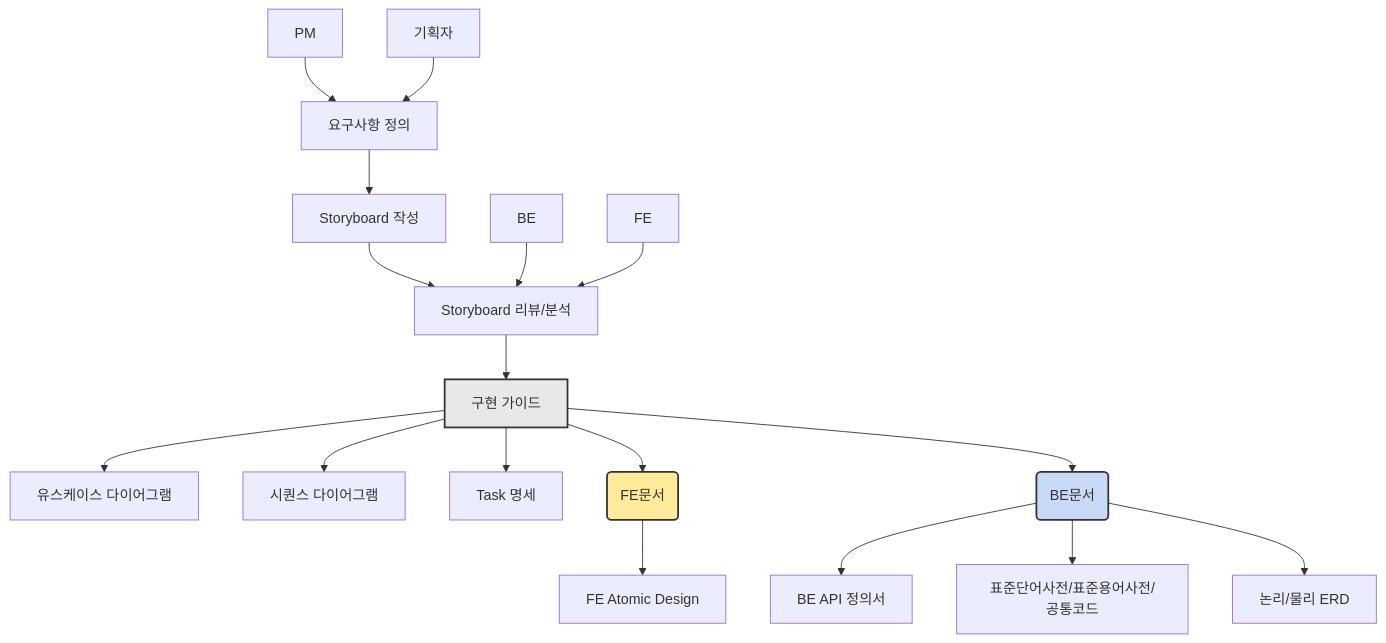
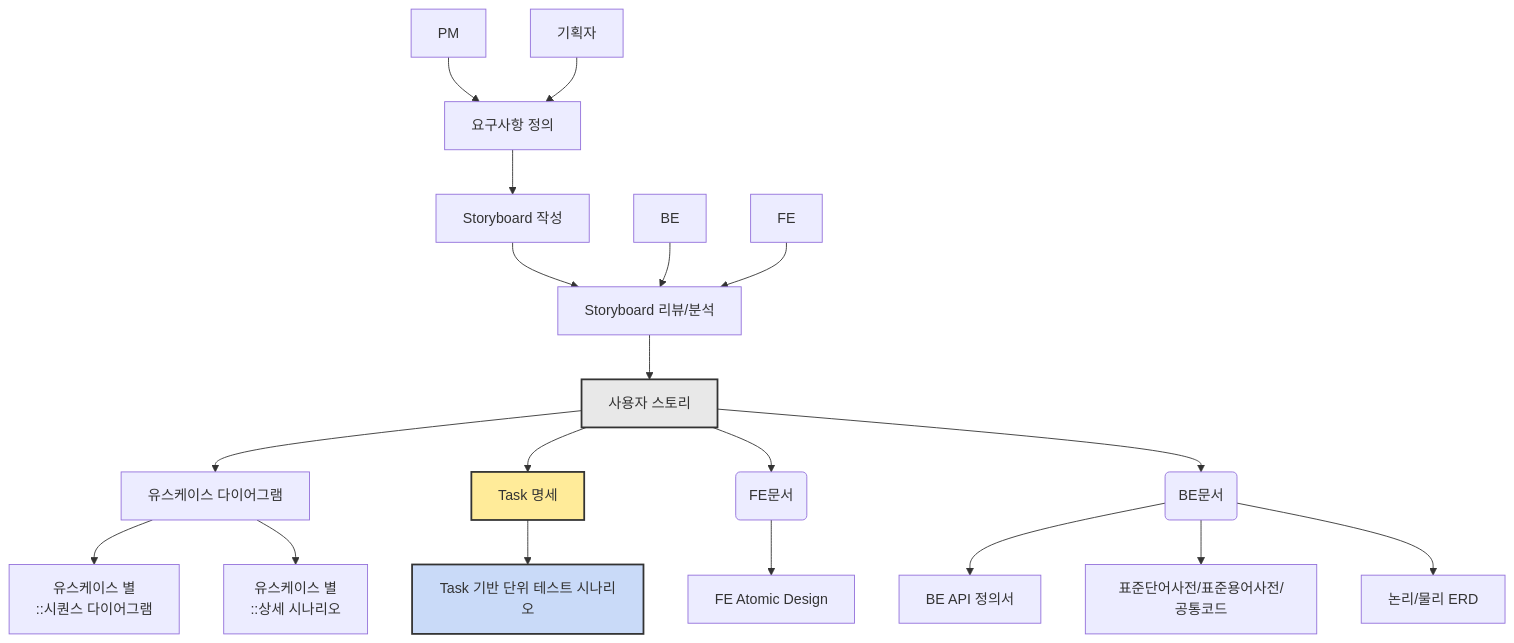
Before and after one commit to thanksLee/vitamin-monorepo: the second of 2 diagrams in documents/README.md, drawn with Mermaid. The commit also changed other lines of this file, not shown here.

````diff
--- a/documents/README.md
+++ b/documents/README.md
@@ -55,28 +219,30 @@
 ```mermaid
 flowchart TD
     PM[PM] --> A[요구사항 정의]
     A --> B[Storyboard 작성]
     기획자[기획자] --> A
     B --> C[Storyboard 리뷰/분석]
     BE[BE] --> C
     FE[FE] --> C
 
-    C --> D[구현 가이드]
+    C --> D[사용자 스토리]
 
     D --> E[유스케이스 다이어그램]
-    D --> F[시퀀스 다이어그램]
-    D --> G[Task 명세]
-    D --> H(FE문서)
-    D --> I(BE문서)
+    E --> F[유스케이스 별<br/>::시퀀스 다이어그램]
+    E --> G[유스케이스 별<br/>::상세 시나리오]
+    D --> H[Task 명세]
+    H --> I[Task 기반 단위 테스트 시나리오]
+    D --> J(FE문서)
+    D --> K(BE문서)
 
-    H --> J[FE Atomic Design]
+    J --> L[FE Atomic Design]
 
-    I --> K[BE API 정의서]
-    I --> L[표준단어사전/표준용어사전/공통코드]
-    I --> M[논리/물리 ERD]
+    K --> M[BE API 정의서]
+    K --> N[표준단어사전/표준용어사전/공통코드]
+    K --> O[논리/물리 ERD]
 
     %% 스타일 정의 %%
     style D fill:#e8e8e8,stroke:#333,stroke-width:2px;
     style H fill:#ffeb99,stroke:#333,stroke-width:2px;
     style I fill:#c9daf8,stroke:#333,stroke-width:2px;
 ```
````
